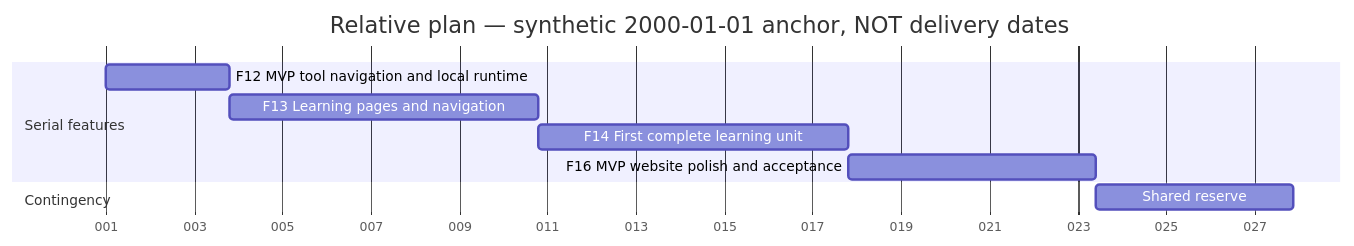
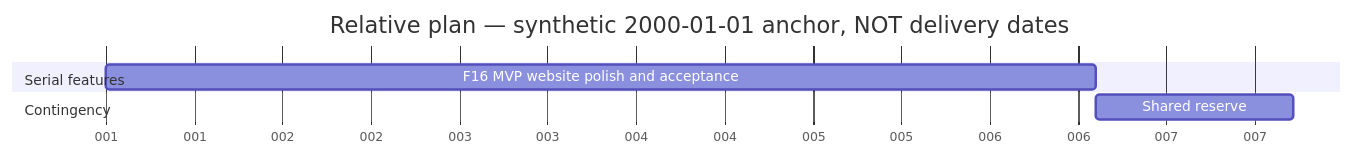
Before and after one commit to ziuld/beneath-the-code-page: the diagram in docs/planning/gantt.mmd, drawn with Mermaid. The commit also changed 129 other files, not shown here.

First line of the commit message:
feat: deliver F12–F14 security verification and first learning unit (#8)

```diff
--- a/docs/planning/gantt.mmd
+++ b/docs/planning/gantt.mmd
@@ -1,11 +1,8 @@
 gantt
     title Relative plan — synthetic 2000-01-01 anchor, NOT delivery dates
     dateFormat YYYY-MM-DDTHH:mm
     axisFormat %j
     section Serial features
-    F12 MVP tool navigation and local runtime :F12, 2000-01-01T00:00, 2000-01-03T19:12
-    F13 Learning pages and navigation :F13, 2000-01-03T19:12, 2000-01-10T19:12
-    F14 First complete learning unit :F14, 2000-01-10T19:12, 2000-01-17T19:12
-    F16 MVP website polish and acceptance :F16, 2000-01-17T19:12, 2000-01-23T09:36
+    F16 MVP website polish and acceptance :F16, 2000-01-01T00:00, 2000-01-06T14:24
     section Contingency
-    Shared reserve :reserve, 2000-01-23T09:36, 2000-01-27T21:07
+    Shared reserve :reserve, 2000-01-06T14:24, 2000-01-07T17:16
```
